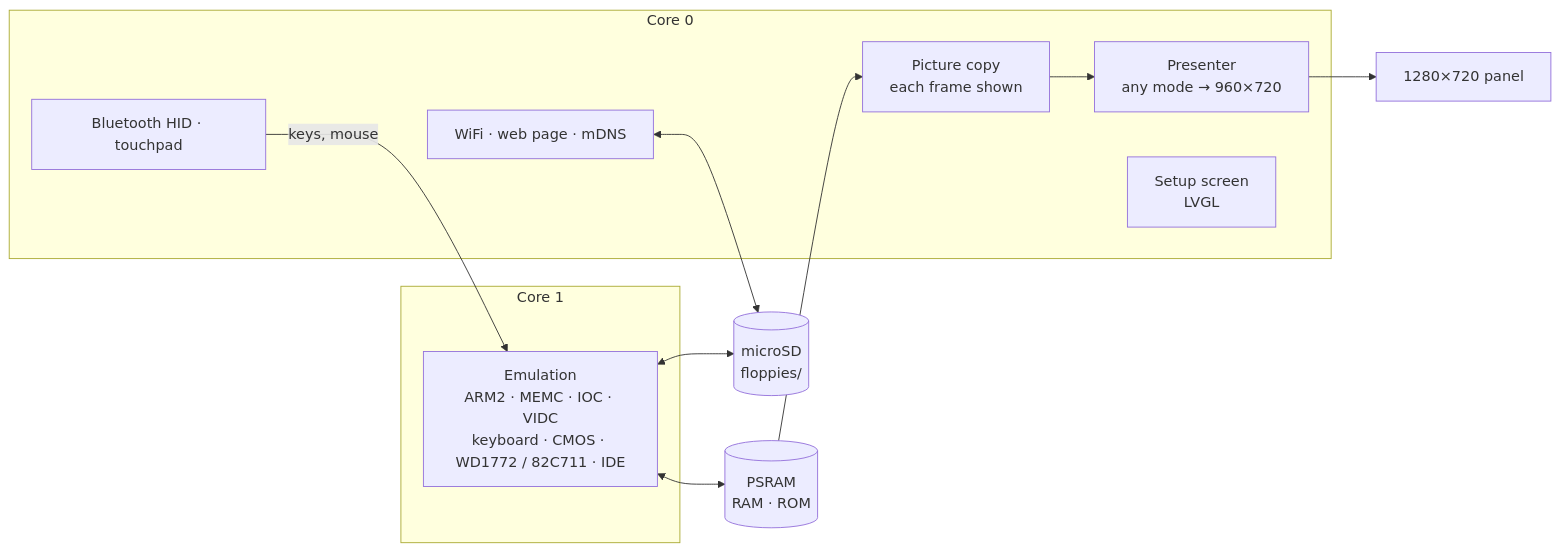
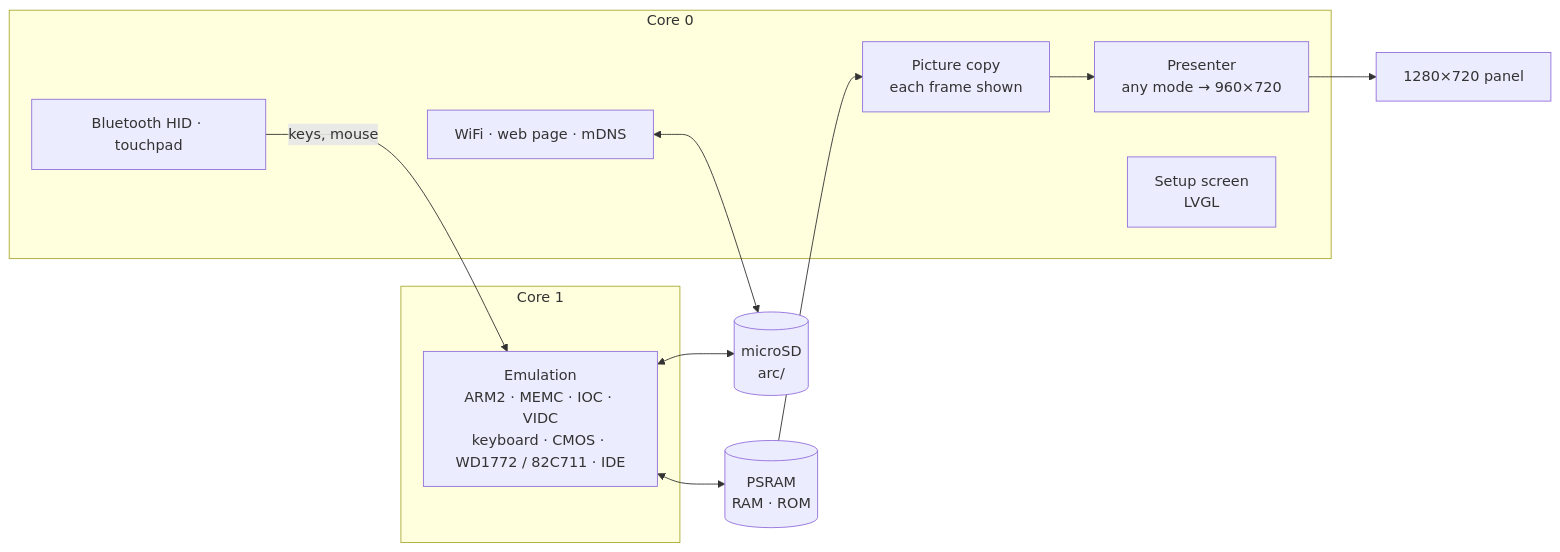
The diagram in README.md (rlucencic/esp32arc), drawn with Mermaid before and after one commit. The commit also changed other lines of this file and 5 other files, not shown here.

First line of the commit message:
ROMs on the SD card in arc/roms, disk images in arc/ (was floppies/)

````diff
--- a/README.md
+++ b/README.md
@@ -235,22 +238,22 @@
 ```mermaid
 flowchart LR
   subgraph core1 [Core 1]
     EMU["Emulation<br>ARM2 · MEMC · IOC · VIDC<br>keyboard · CMOS · WD1772 / 82C711 · IDE"]
   end
   subgraph core0 [Core 0]
     COPY[Picture copy<br>each frame shown]
     PRES[Presenter<br>any mode → 960×720]
     UI[Setup screen<br>LVGL]
     NET[WiFi · web page · mDNS]
     BLE[Bluetooth HID · touchpad]
   end
   PSRAM[(PSRAM<br>RAM · ROM)]
-  SD[(microSD<br>floppies/)]
+  SD[(microSD<br>arc/)]
   EMU <--> PSRAM
   PSRAM --> COPY
   COPY --> PRES
   PRES --> LCD[1280×720 panel]
   BLE -- keys, mouse --> EMU
   EMU <--> SD
   NET <--> SD
 ```
````
